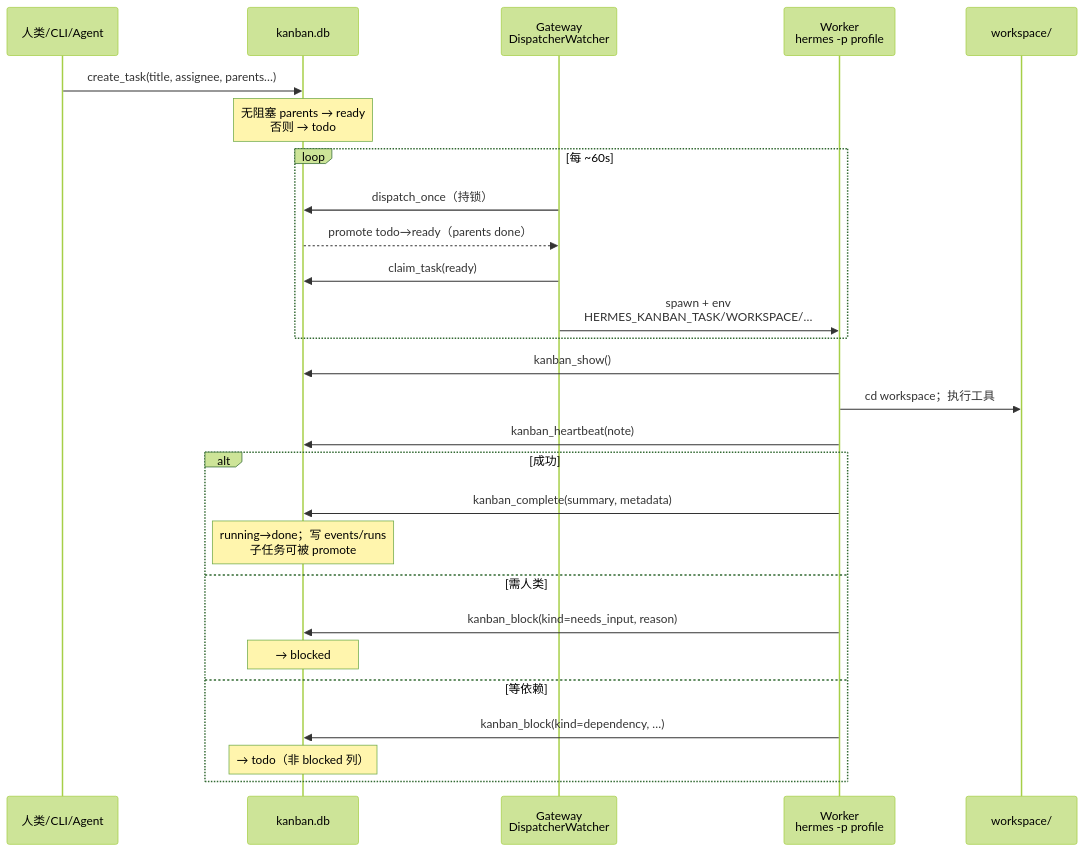
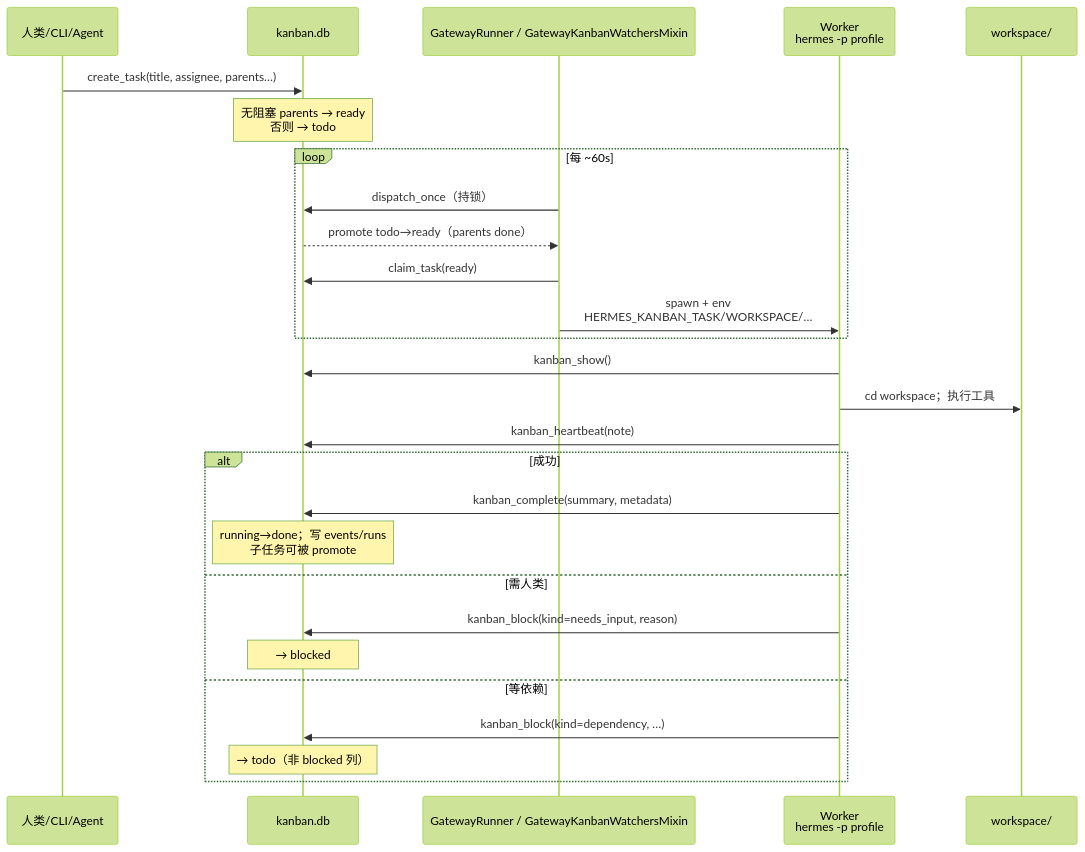
The fourth of 9 diagrams in hermes/docs/archive/legacy/KANBAN_MULTIAGENT_DEEP_ANALYSIS.md (themass/agent-docs), drawn with Mermaid (forest theme) before and after one commit. The commit also changed other lines of this file and 508 other files, not shown here.

````diff
--- a/hermes/docs/archive/legacy/KANBAN_MULTIAGENT_DEEP_ANALYSIS.md
+++ b/hermes/docs/archive/legacy/KANBAN_MULTIAGENT_DEEP_ANALYSIS.md
@@ -393,32 +548,32 @@
 ```mermaid
 sequenceDiagram
   participant Op as 人类/CLI/Agent
   participant DB as kanban.db
-  participant GW as Gateway<br/>DispatcherWatcher
+  participant GW as GatewayRunner / GatewayKanbanWatchersMixin
   participant W as Worker<br/>hermes -p profile
   participant FS as workspace/
 
   Op->>DB: create_task(title, assignee, parents…)
   Note over DB: 无阻塞 parents → ready<br/>否则 → todo
 
   loop 每 ~60s
     GW->>DB: dispatch_once（持锁）
     DB-->>GW: promote todo→ready（parents done）
     GW->>DB: claim_task(ready)
     GW->>W: spawn + env<br/>HERMES_KANBAN_TASK/WORKSPACE/…
   end
 
   W->>DB: kanban_show()
   W->>FS: cd workspace；执行工具
   W->>DB: kanban_heartbeat(note)
   alt 成功
     W->>DB: kanban_complete(summary, metadata)
     Note over DB: running→done；写 events/runs<br/>子任务可被 promote
   else 需人类
     W->>DB: kanban_block(kind=needs_input, reason)
     Note over DB: → blocked
   else 等依赖
     W->>DB: kanban_block(kind=dependency, …)
     Note over DB: → todo（非 blocked 列）
   end
 ```
````
